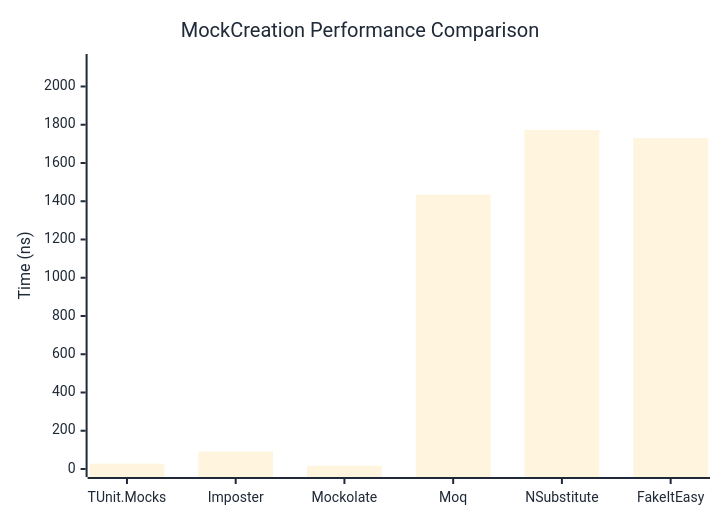
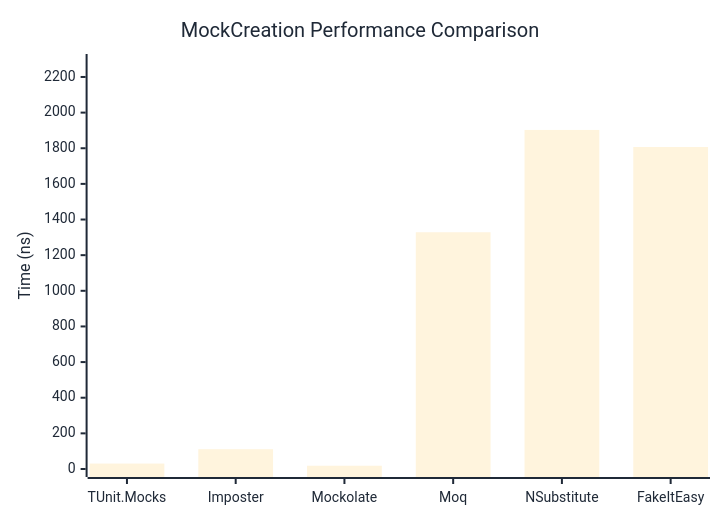
Before and after one commit to thomhurst/TUnit: the first of 2 diagrams in docs/docs/benchmarks/mocks/MockCreation.md, drawn with Mermaid. The commit also changed other lines of this file and 14 other files, not shown here.

````diff
--- a/docs/docs/benchmarks/mocks/MockCreation.md
+++ b/docs/docs/benchmarks/mocks/MockCreation.md
@@ -30,27 +30,27 @@
 ```mermaid
 %%{init: {
   'theme':'base',
   'themeVariables': {
     'primaryColor': '#2563eb',
     'primaryTextColor': '#1f2937',
     'primaryBorderColor': '#1e40af',
     'lineColor': '#6b7280',
     'secondaryColor': '#7c3aed',
     'tertiaryColor': '#dc2626',
     'background': '#ffffff',
     'pie1': '#2563eb',
     'pie2': '#7c3aed',
     'pie3': '#dc2626',
     'pie4': '#f59e0b',
     'pie5': '#10b981',
     'pie6': '#06b6d4',
     'pie7': '#ec4899',
     'pie8': '#6366f1'
   }
 }}%%
 xychart-beta
   title "MockCreation Performance Comparison"
   x-axis ["TUnit.Mocks", "Imposter", "Mockolate", "Moq", "NSubstitute", "FakeItEasy"]
-  y-axis "Time (ns)" 0 --> 2128
-  bar [27.78, 90.73, 17.13, 1435.04, 1772.83, 1730.2]
+  y-axis "Time (ns)" 0 --> 2284
+  bar [30.49, 111.17, 18.4, 1328.63, 1902.74, 1807.12]
 ```
````
